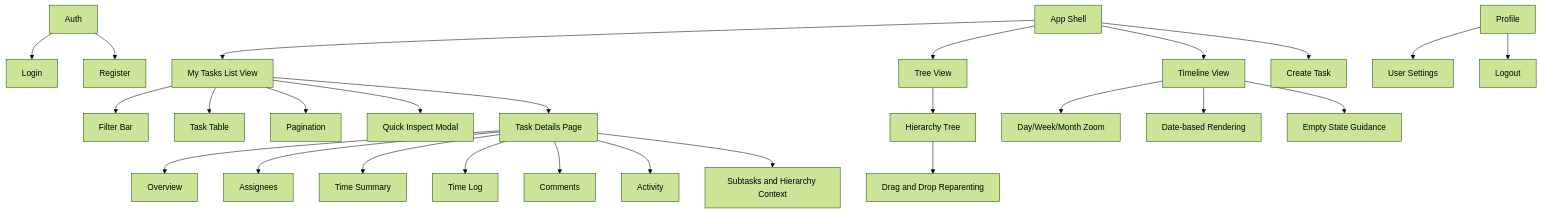
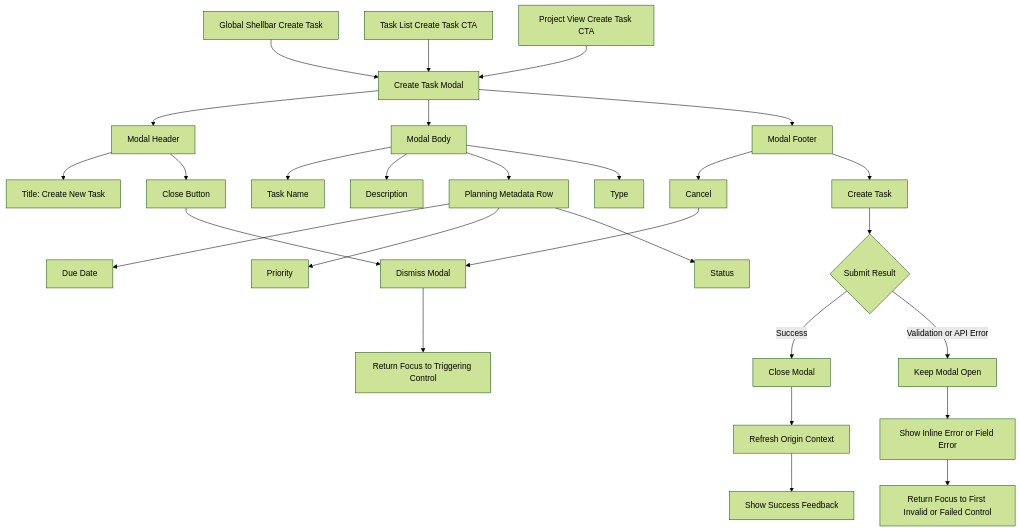
One commit to VytautasP/b-mad-project changed the first of 5 diagrams in docs/front-end-spec.md. Above: the diagram before and after it, drawn with Mermaid (forest theme). The commit also changed other lines of this file and 1 other file, not shown here.

Commit message:
Story 4.17: Create Task Modal - Refactor & Figma Alignment

````diff
--- a/docs/front-end-spec.md
+++ b/docs/front-end-spec.md
@@ -41,34 +46,36 @@
 ```mermaid
 graph TD
-	A[Auth] --> A1[Login]
-	A --> A2[Register]
+	A[Global Shellbar Create Task] --> D[Create Task Modal]
+	B[Task List Create Task CTA] --> D
+	C[Project View Create Task CTA] --> D
 
-	B[App Shell] --> B1[My Tasks List View]
-	B --> B2[Tree View]
-	B --> B3[Timeline View]
-	B --> B4[Create Task]
+	D --> E[Modal Header]
+	E --> E1[Title: Create New Task]
+	E --> E2[Close Button]
 
-	B1 --> C1[Filter Bar]
-	B1 --> C2[Task Table]
-	B1 --> C3[Pagination]
-	B1 --> C4[Quick Inspect Modal]
-	B1 --> C5[Task Details Page]
+	D --> F[Modal Body]
+	F --> F1[Task Name]
+	F --> F2[Description]
+	F --> F3[Planning Metadata Row]
+	F3 --> F31[Due Date]
+	F3 --> F32[Priority]
+	F3 --> F33[Status]
+	F --> F4[Type]
 
-	C5 --> D1[Overview]
-	C5 --> D2[Assignees]
-	C5 --> D3[Time Summary]
-	C5 --> D4[Time Log]
-	C5 --> D5[Comments]
-	C5 --> D6[Activity]
-	C5 --> D7[Subtasks and Hierarchy Context]
+	D --> G[Modal Footer]
+	G --> G1[Cancel]
+	G --> G2[Create Task]
 
-	B2 --> E1[Hierarchy Tree]
-	E1 --> E2[Drag and Drop Reparenting]
+	G2 --> H{Submit Result}
+	H -->|Success| I[Close Modal]
+	I --> J[Refresh Origin Context]
+	J --> K[Show Success Feedback]
 
-	B3 --> F1[Day/Week/Month Zoom]
-	B3 --> F2[Date-based Rendering]
-	B3 --> F3[Empty State Guidance]
+	H -->|Validation or API Error| L[Keep Modal Open]
+	L --> M[Show Inline Error or Field Error]
+	M --> N[Return Focus to First Invalid or Failed Control]
 
-	G[Profile] --> G1[User Settings]
-	G --> G2[Logout]
+	G1 --> O[Dismiss Modal]
+	E2 --> O
+	O --> P[Return Focus to Triggering Control]
 ```
````
